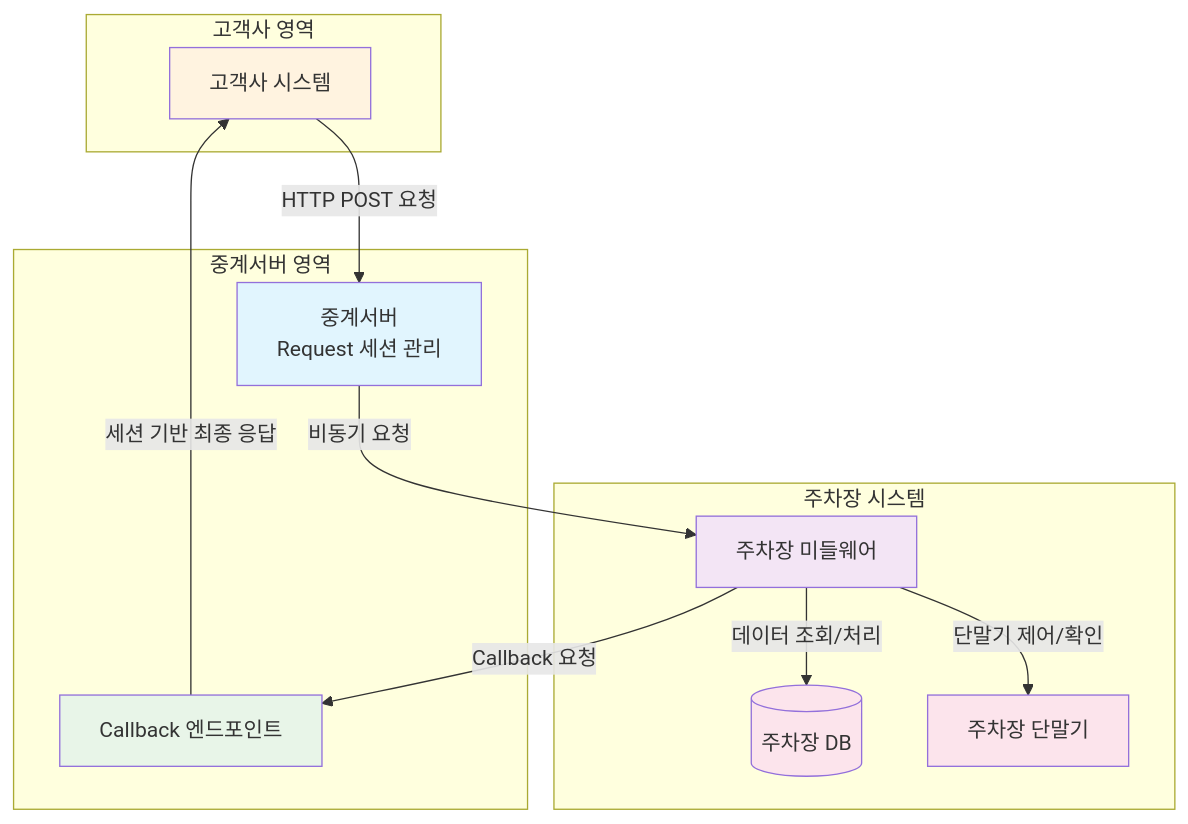
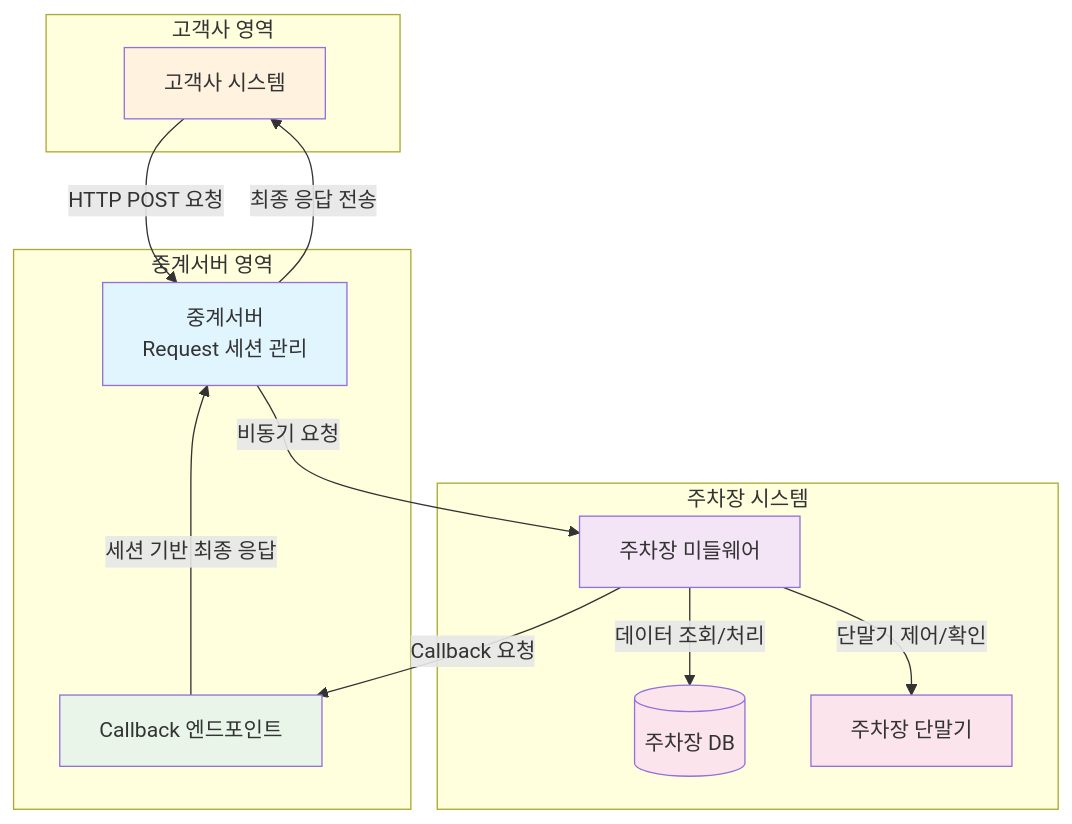
One commit to hongsoonmyung/test changed the first of 6 diagrams in README.md. Above: the diagram before and after it, drawn with Mermaid.

````diff
--- a/README.md
+++ b/README.md
@@ -16,37 +16,38 @@
 ```mermaid
 graph TB
     subgraph "고객사 영역"
         Client[고객사 시스템]
     end
     
     subgraph "중계서버 영역"
         Relay[중계서버<br/>Request 세션 관리]
         Callback[Callback 엔드포인트]
     end
     
     subgraph "주차장 시스템"
         MW[주차장 미들웨어]
         ParkingDB[(주차장 DB)]
         Terminal[주차장 단말기]
     end
     
     Client -->|HTTP POST 요청| Relay
     Relay -->|비동기 요청| MW
     MW -->|데이터 조회/처리| ParkingDB
     MW -->|단말기 제어/확인| Terminal
     MW -->|Callback 요청| Callback
-    Callback -->|세션 기반 최종 응답| Client
+    Callback -->|세션 기반 최종 응답| Relay
+    Relay -->|최종 응답 전송| Client
     
     classDef relayStyle fill:#e1f5fe
     classDef mwStyle fill:#f3e5f5
     classDef callbackStyle fill:#e8f5e8
     classDef clientStyle fill:#fff3e0
     classDef parkingStyle fill:#fce4ec
     
     class Relay relayStyle
     class MW mwStyle
     class Callback callbackStyle
     class Client clientStyle
     class ParkingDB parkingStyle
     class Terminal parkingStyle
 ```
````
